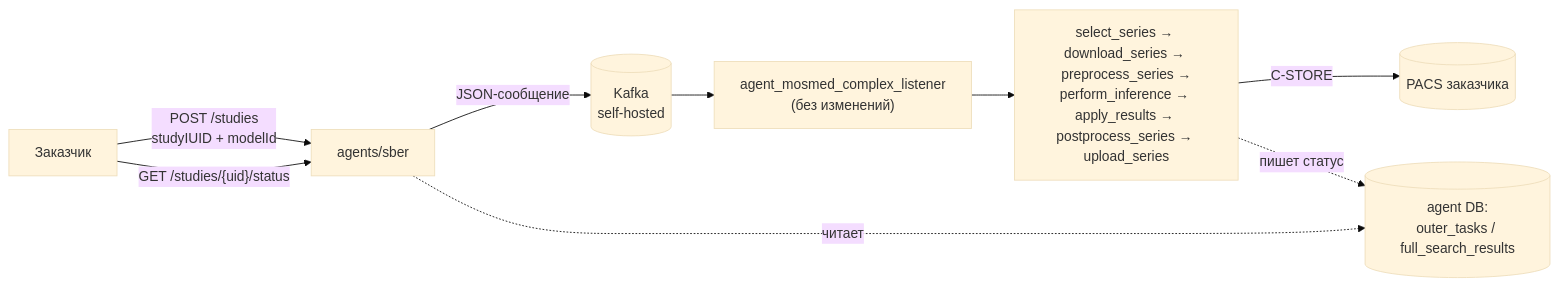
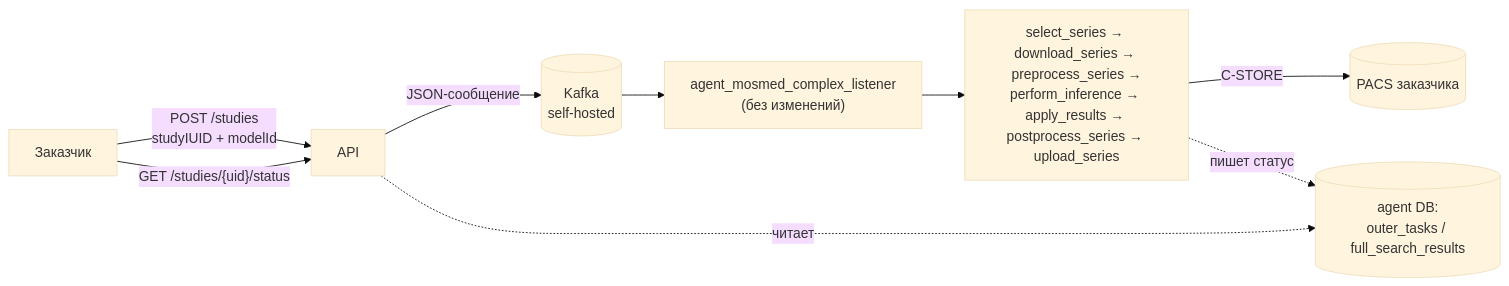
The diagram in CoreNotes/Демонстрация интеграции. Сбер.md (G4CHIM4STER/ObsidianVault), drawn with Mermaid (base theme) before and after one commit. The commit also changed 1 other file, not shown here.

Commit message:
vault backup: 2026-09-02 14:54:04

````diff
--- a/CoreNotes/Демонстрация интеграции. Сбер.md
+++ b/CoreNotes/Демонстрация интеграции. Сбер.md
@@ -19,11 +19,11 @@
 ```mermaid
 flowchart LR
-    Client["Заказчик"] -->|"POST /studies<br/>studyIUID + modelId"| API["agents/sber"]
+    Client["Заказчик"] -->|"POST /studies<br/>studyIUID + modelId"| API["API"]
     API -->|"JSON-сообщение"| Kafka[("Kafka<br/>self-hosted")]
     Kafka --> Listener["agent_mosmed_complex_listener<br/>(без изменений)"]
     Listener --> Pipeline["select_series → download_series → preprocess_series →<br/>perform_inference → apply_results → postprocess_series → upload_series"]
     Pipeline -->|"C-STORE"| PACS[("PACS заказчика")]
     Pipeline -.->|"пишет статус"| DB[("agent DB:<br/>outer_tasks / full_search_results")]
     Client -->|"GET /studies/{uid}/status"| API
     API -.->|"читает"| DB
 ```
````
